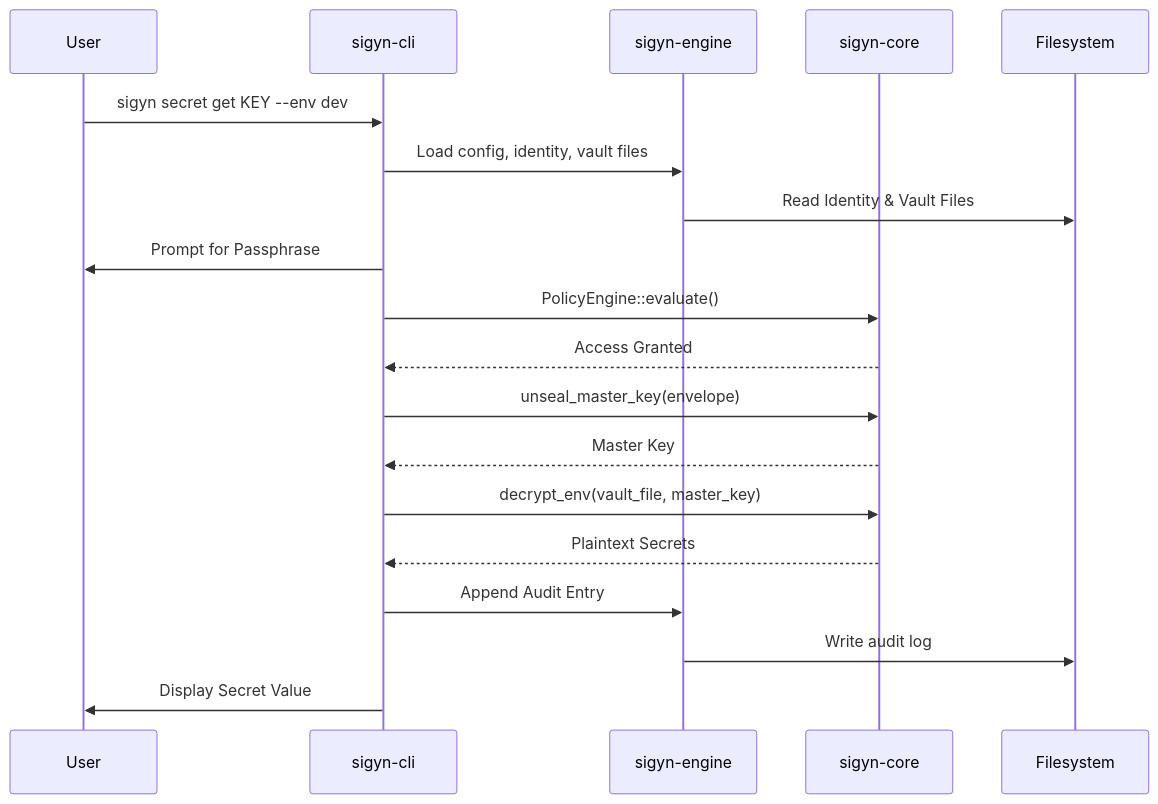
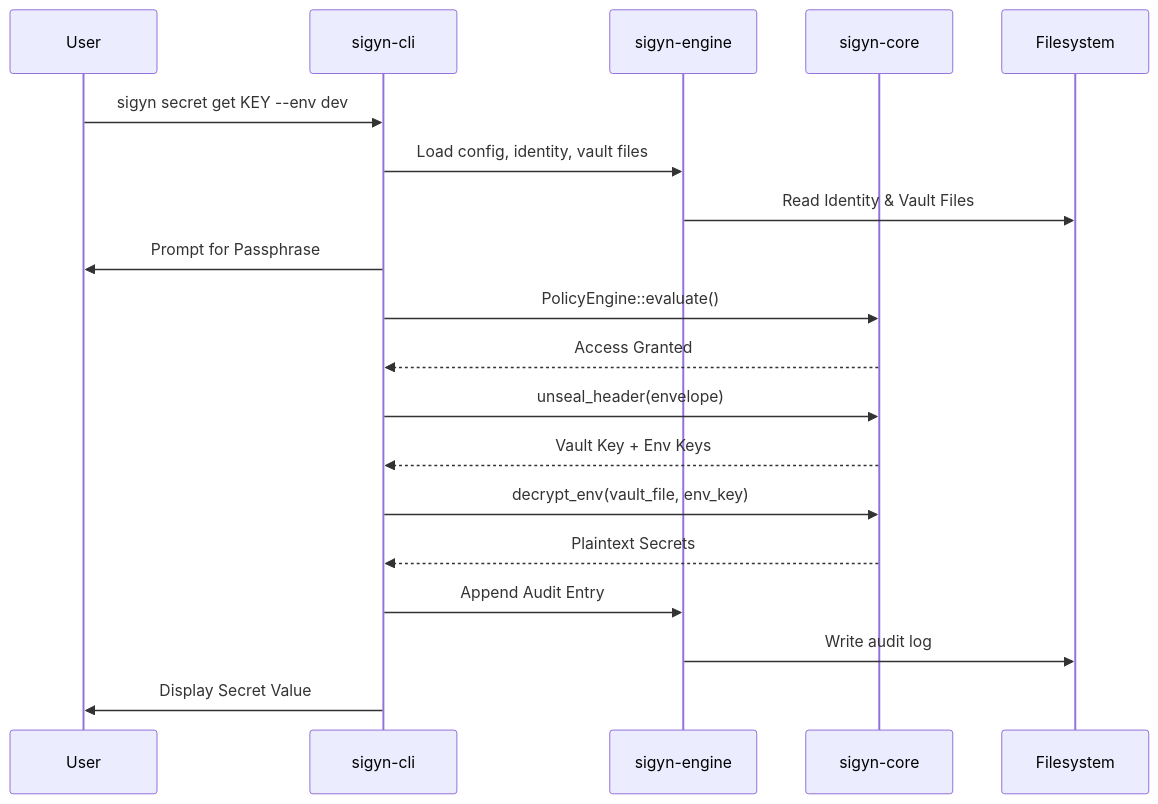
One commit to tonybenoy/sigyn changed the second of 2 diagrams in docs/architecture.md. Above: the diagram before and after it, drawn with Mermaid. The commit also changed other lines of this file and 32 other files, not shown here.

````diff
--- a/docs/architecture.md
+++ b/docs/architecture.md
@@ -47,22 +47,22 @@
 ```mermaid
 sequenceDiagram
     participant User
     participant CLI as sigyn-cli
     participant Engine as sigyn-engine
     participant Core as sigyn-core
     participant Disk as Filesystem
 
     User->>CLI: sigyn secret get KEY --env dev
     CLI->>Engine: Load config, identity, vault files
     Engine->>Disk: Read Identity & Vault Files
     CLI->>User: Prompt for Passphrase
     CLI->>Core: PolicyEngine::evaluate()
     Core-->>CLI: Access Granted
-    CLI->>Core: unseal_master_key(envelope)
-    Core-->>CLI: Master Key
-    CLI->>Core: decrypt_env(vault_file, master_key)
+    CLI->>Core: unseal_header(envelope)
+    Core-->>CLI: Vault Key + Env Keys
+    CLI->>Core: decrypt_env(vault_file, env_key)
     Core-->>CLI: Plaintext Secrets
     CLI->>Engine: Append Audit Entry
     Engine->>Disk: Write audit log
     CLI->>User: Display Secret Value
 ```
````
